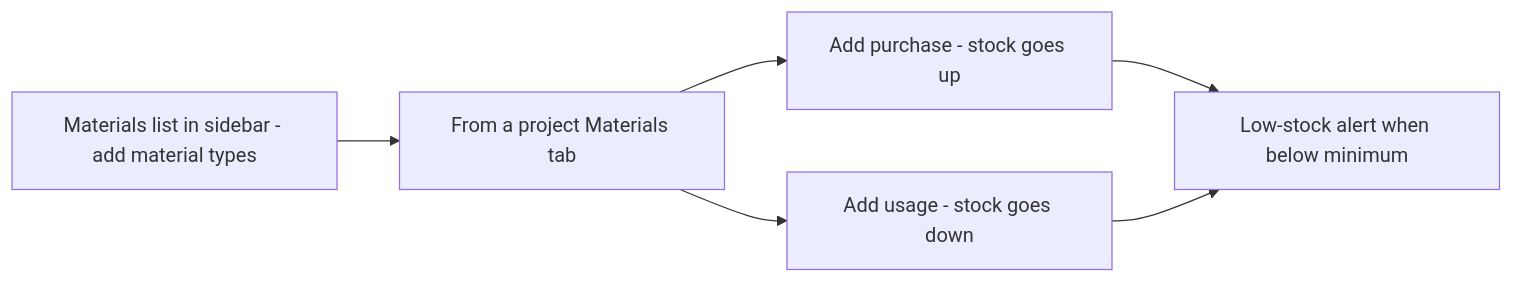
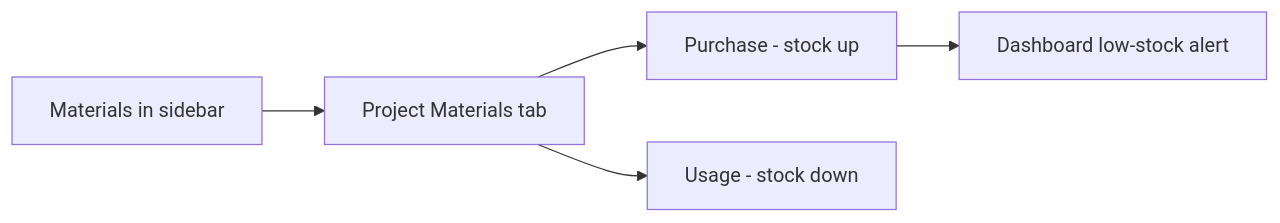
Before and after one commit to mishabcp/buildops: the eighth of 10 diagrams in docs/USER_GUIDE.md, drawn with Mermaid. The commit also changed other lines of this file and 45 other files, not shown here.

````diff
--- a/docs/USER_GUIDE.md
+++ b/docs/USER_GUIDE.md
@@ -111,8 +163,7 @@
 ```mermaid
 flowchart LR
-  MaterialList[Materials list in sidebar - add material types] --> ProjectAction[From a project Materials tab]
-  ProjectAction --> Purchase[Add purchase - stock goes up]
-  ProjectAction --> Usage[Add usage - stock goes down]
-  Purchase --> LowStock[Low-stock alert when below minimum]
-  Usage --> LowStock
+  MaterialList[Materials in sidebar] --> ProjectAction[Project Materials tab]
+  ProjectAction --> Purchase[Purchase - stock up]
+  ProjectAction --> Usage[Usage - stock down]
+  Purchase --> LowStock[Dashboard low-stock alert]
 ```
````
